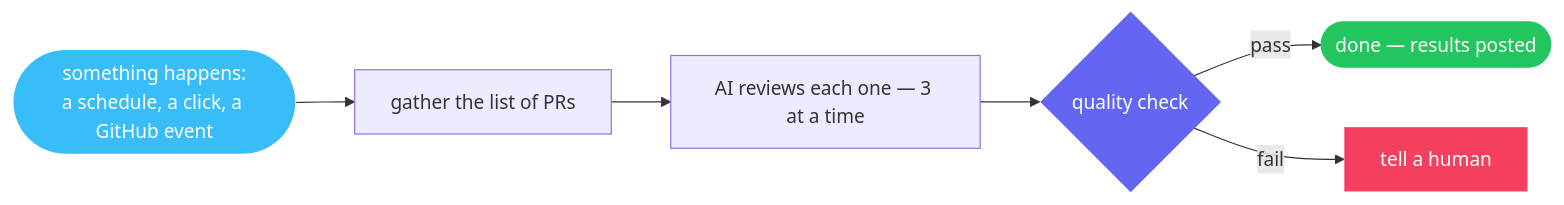
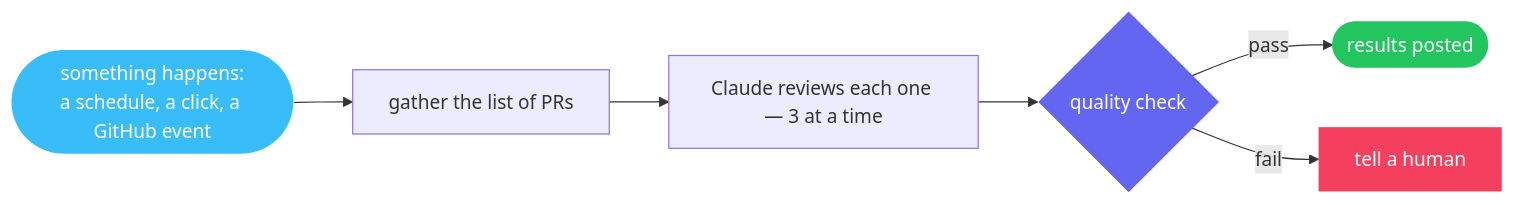
Before and after one commit to skyway-harness-builder/.github: the diagram in profile/README.md, drawn with Mermaid. The commit also changed other lines of this file, not shown here.

````diff
--- a/profile/README.md
+++ b/profile/README.md
@@ -35,13 +41,13 @@
 ```mermaid
 flowchart LR
     T([something happens:<br/>a schedule, a click, a GitHub event]) --> S["gather the list of PRs"]
-    S --> R["AI reviews each one — 3 at a time"]
+    S --> R["Claude reviews each one — 3 at a time"]
     R --> J{"quality check"}
-    J -->|pass| D([done — results posted])
+    J -->|pass| D([results posted])
     J -->|fail| F["tell a human"]
 
     style T fill:#38bdf8,color:#fff,stroke:none
     style D fill:#22c55e,color:#fff,stroke:none
     style F fill:#f43f5e,color:#fff,stroke:none
     style J fill:#6366f1,color:#fff,stroke:none
 ```
````
